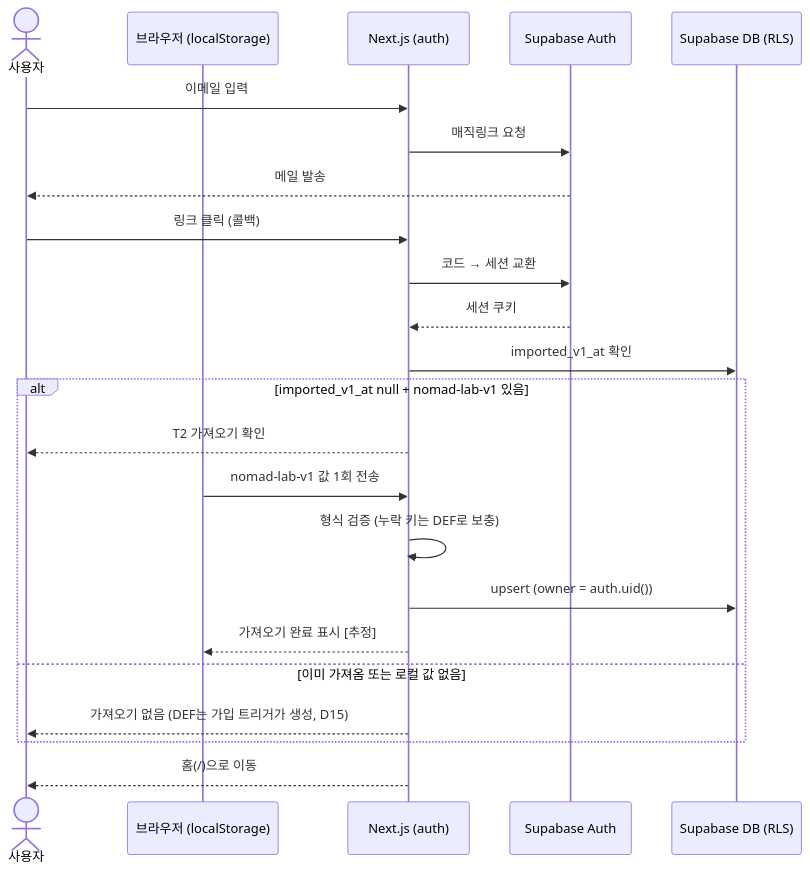
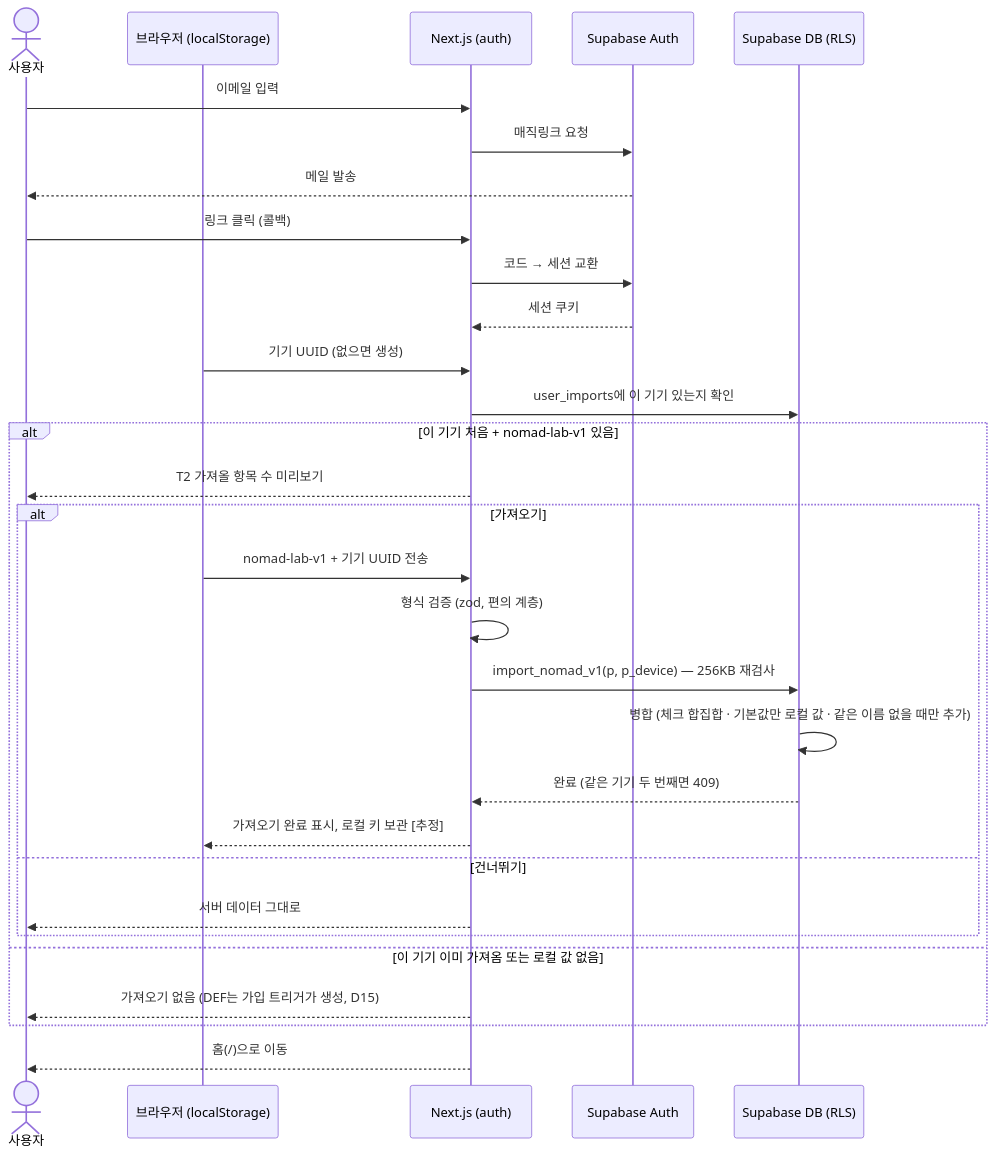
The diagram in docs/diagrams/flow-1.mmd (DevOps0906/Nomad-Agents-SYSTEM), drawn with Mermaid before and after one commit. The commit also changed 107 other files, not shown here.

```diff
--- a/docs/diagrams/flow-1.mmd
+++ b/docs/diagrams/flow-1.mmd
@@ -1,23 +1,30 @@
 sequenceDiagram
   actor U as 사용자
   participant B as 브라우저 (localStorage)
   participant N as Next.js (auth)
   participant A as Supabase Auth
   participant D as Supabase DB (RLS)
   U->>N: 이메일 입력
   N->>A: 매직링크 요청
   A-->>U: 메일 발송
   U->>N: 링크 클릭 (콜백)
   N->>A: 코드 → 세션 교환
   A-->>N: 세션 쿠키
-  N->>D: imported_v1_at 확인
-  alt imported_v1_at null + nomad-lab-v1 있음
-    N-->>U: T2 가져오기 확인
-    B->>N: nomad-lab-v1 값 1회 전송
-    N->>N: 형식 검증 (누락 키는 DEF로 보충)
-    N->>D: upsert (owner = auth.uid())
-    N-->>B: 가져오기 완료 표시 [추정]
-  else 이미 가져옴 또는 로컬 값 없음
+  B->>N: 기기 UUID (없으면 생성)
+  N->>D: user_imports에 이 기기 있는지 확인
+  alt 이 기기 처음 + nomad-lab-v1 있음
+    N-->>U: T2 가져올 항목 수 미리보기
+    alt 가져오기
+      B->>N: nomad-lab-v1 + 기기 UUID 전송
+      N->>N: 형식 검증 (zod, 편의 계층)
+      N->>D: import_nomad_v1(p, p_device) — 256KB 재검사
+      D->>D: 병합 (체크 합집합 · 기본값만 로컬 값 · 같은 이름 없을 때만 추가)
+      D-->>N: 완료 (같은 기기 두 번째면 409)
+      N-->>B: 가져오기 완료 표시, 로컬 키 보관 [추정]
+    else 건너뛰기
+      N-->>U: 서버 데이터 그대로
+    end
+  else 이 기기 이미 가져옴 또는 로컬 값 없음
     N-->>U: 가져오기 없음 (DEF는 가입 트리거가 생성, D15)
   end
   N-->>U: 홈(/)으로 이동
```
